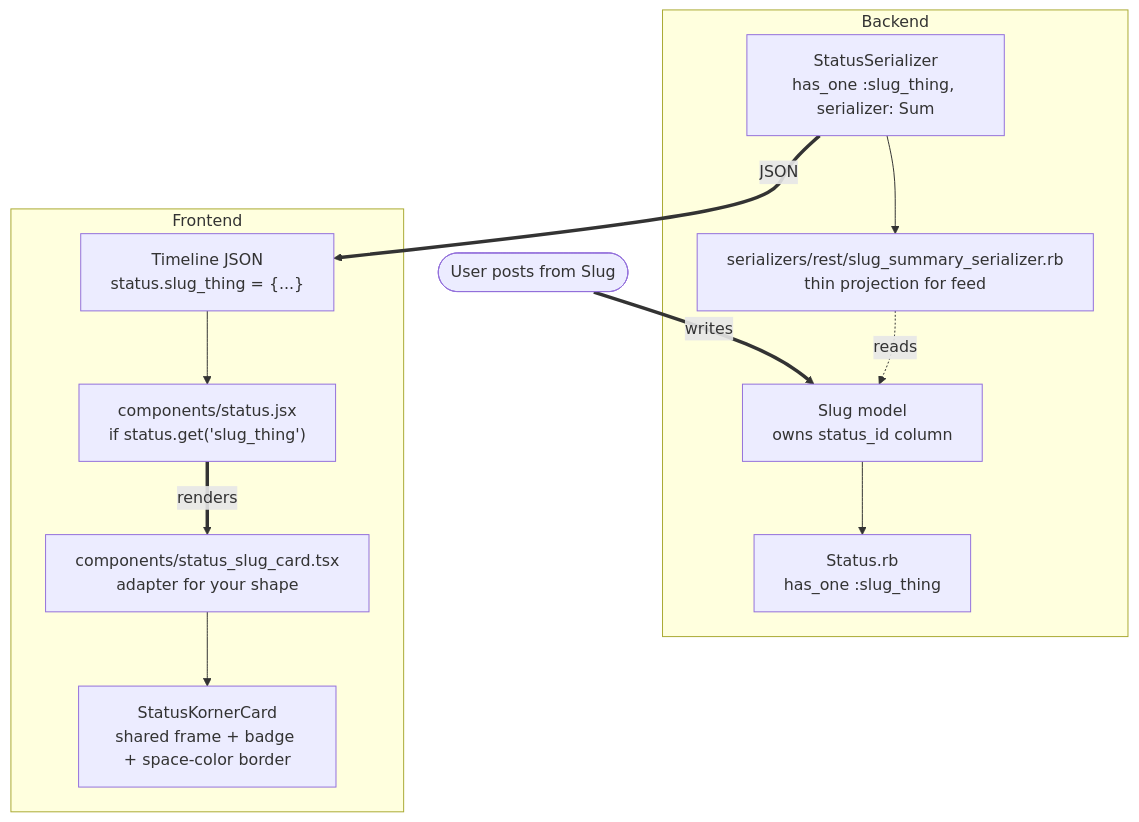
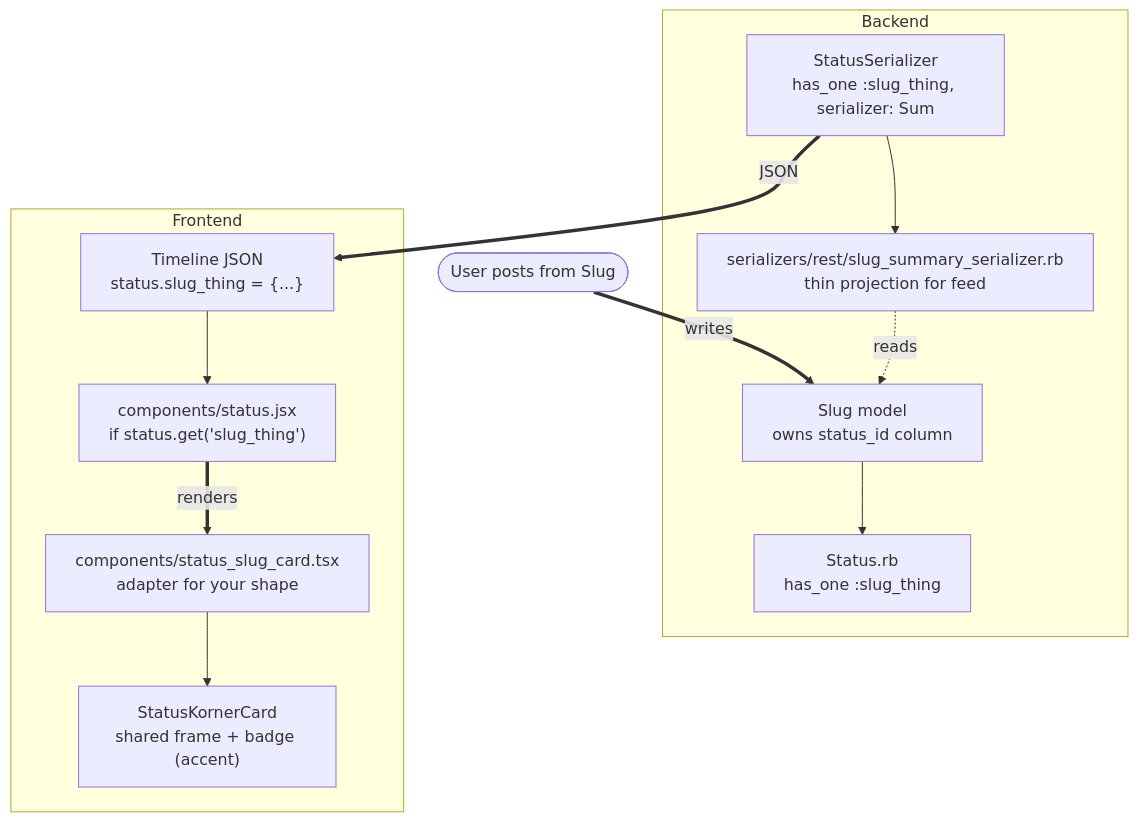
Before and after one commit to Kronkverse/kronk: the second of 2 diagrams in docs/korners/anatomy.md, drawn with Mermaid. The commit also changed other lines of this file and 5 other files, not shown here.

````diff
--- a/docs/korners/anatomy.md
+++ b/docs/korners/anatomy.md
@@ -119,27 +117,27 @@
 ```mermaid
 graph TB
     Post(["User posts from Slug"])
 
     subgraph Backend["Backend"]
         Model2["Slug model<br/>owns status_id column"]
         StatusModel["Status.rb<br/>has_one :slug_thing"]
         Sum["serializers/rest/slug_summary_serializer.rb<br/>thin projection for feed"]
         StatusSer["StatusSerializer<br/>has_one :slug_thing, serializer: Sum"]
     end
 
     subgraph Frontend["Frontend"]
         TL["Timeline JSON<br/>status.slug_thing = {...}"]
         Disc["components/status.jsx<br/>if status.get('slug_thing')"]
         Card["components/status_slug_card.tsx<br/>adapter for your shape"]
-        Frame["StatusKornerCard<br/>shared frame + badge + space-color border"]
+        Frame["StatusKornerCard<br/>shared frame + badge (accent)"]
     end
 
     Post ==>|writes| Model2
     Model2 --> StatusModel
     StatusSer --> Sum
     Sum -.->|reads| Model2
     StatusSer ==>|JSON| TL
     TL --> Disc
     Disc ==>|renders| Card
     Card --> Frame
 ```
````
